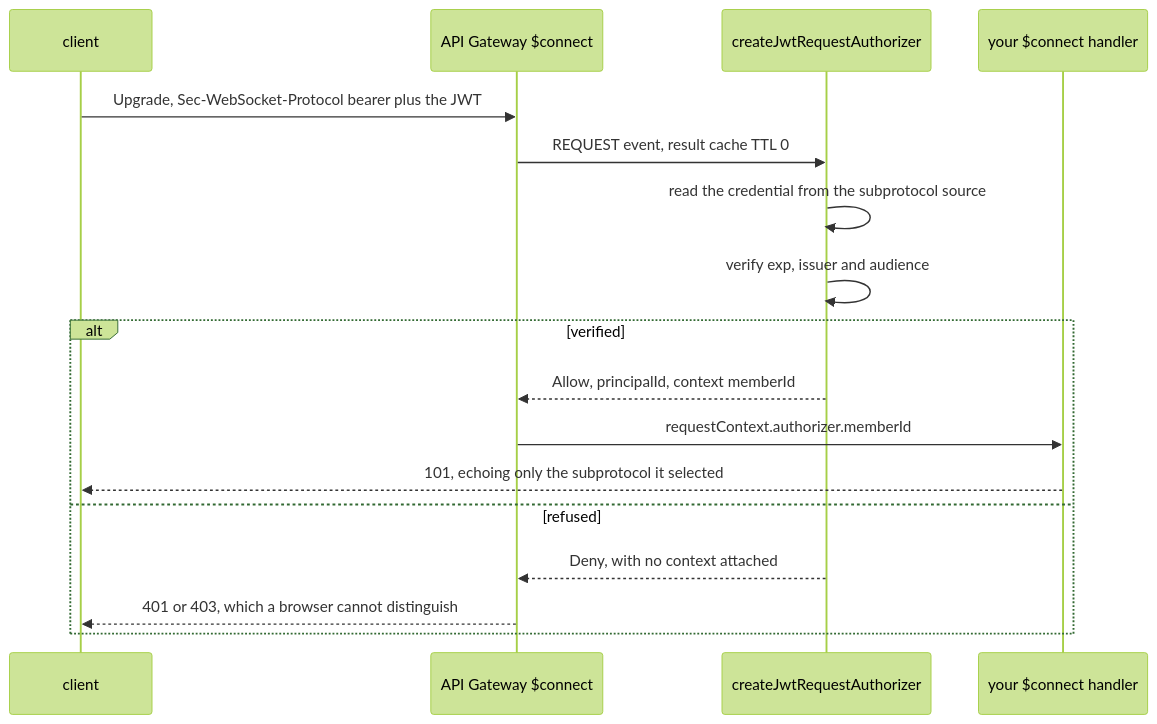
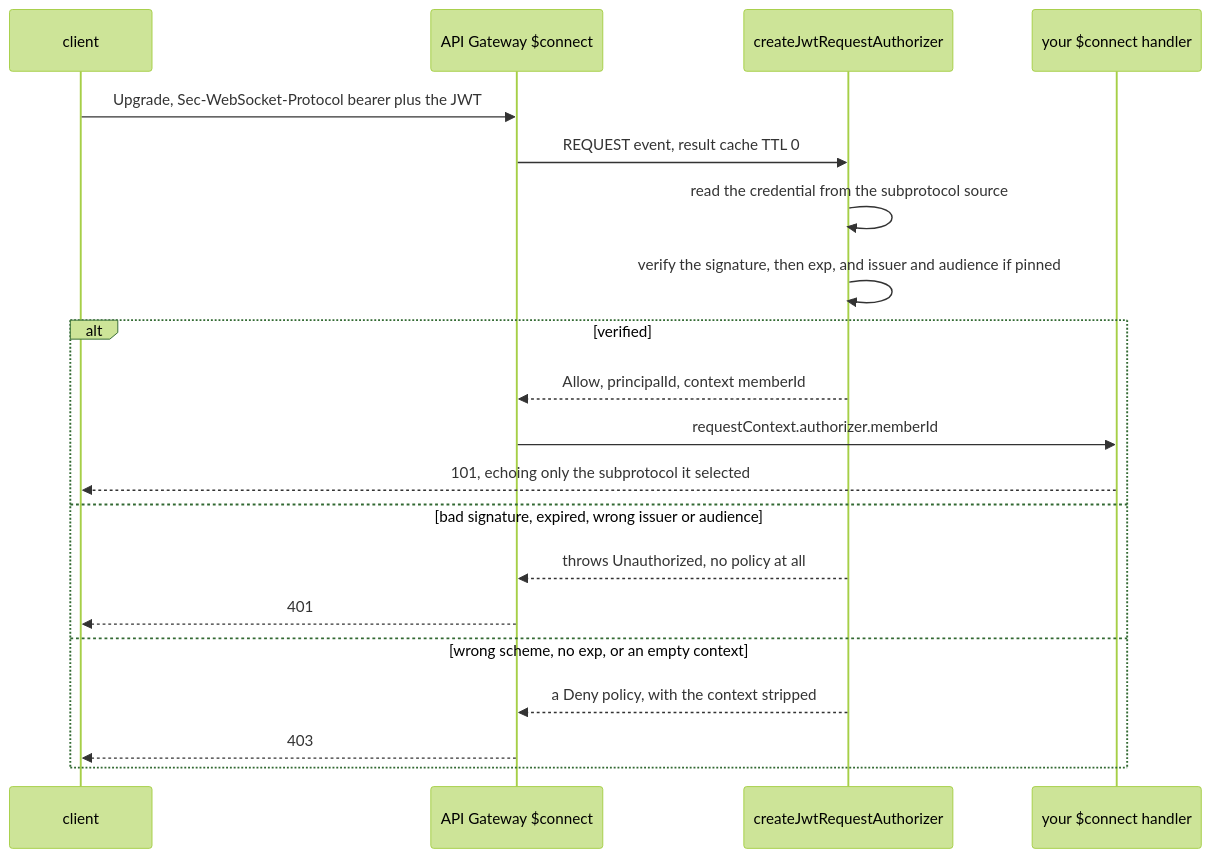
The second of 2 diagrams in docs/auth.md (yingyeothon/tslib), drawn with Mermaid (forest theme) before and after one commit. The commit also changed other lines of this file and 27 other files, not shown here.

````diff
--- a/docs/auth.md
+++ b/docs/auth.md
@@ -33,19 +36,22 @@
 ```mermaid
 sequenceDiagram
   participant C as client
   participant AG as API Gateway $connect
   participant AU as createJwtRequestAuthorizer
   participant H as your $connect handler
   C->>AG: Upgrade, Sec-WebSocket-Protocol bearer plus the JWT
   AG->>AU: REQUEST event, result cache TTL 0
   AU->>AU: read the credential from the subprotocol source
-  AU->>AU: verify exp, issuer and audience
+  AU->>AU: verify the signature, then exp, and issuer and audience if pinned
   alt verified
     AU-->>AG: Allow, principalId, context memberId
     AG->>H: requestContext.authorizer.memberId
     H-->>C: 101, echoing only the subprotocol it selected
-  else refused
-    AU-->>AG: Deny, with no context attached
-    AG-->>C: 401 or 403, which a browser cannot distinguish
+  else bad signature, expired, wrong issuer or audience
+    AU-->>AG: throws Unauthorized, no policy at all
+    AG-->>C: 401
+  else wrong scheme, no exp, or an empty context
+    AU-->>AG: a Deny policy, with the context stripped
+    AG-->>C: 403
   end
 ```
````
